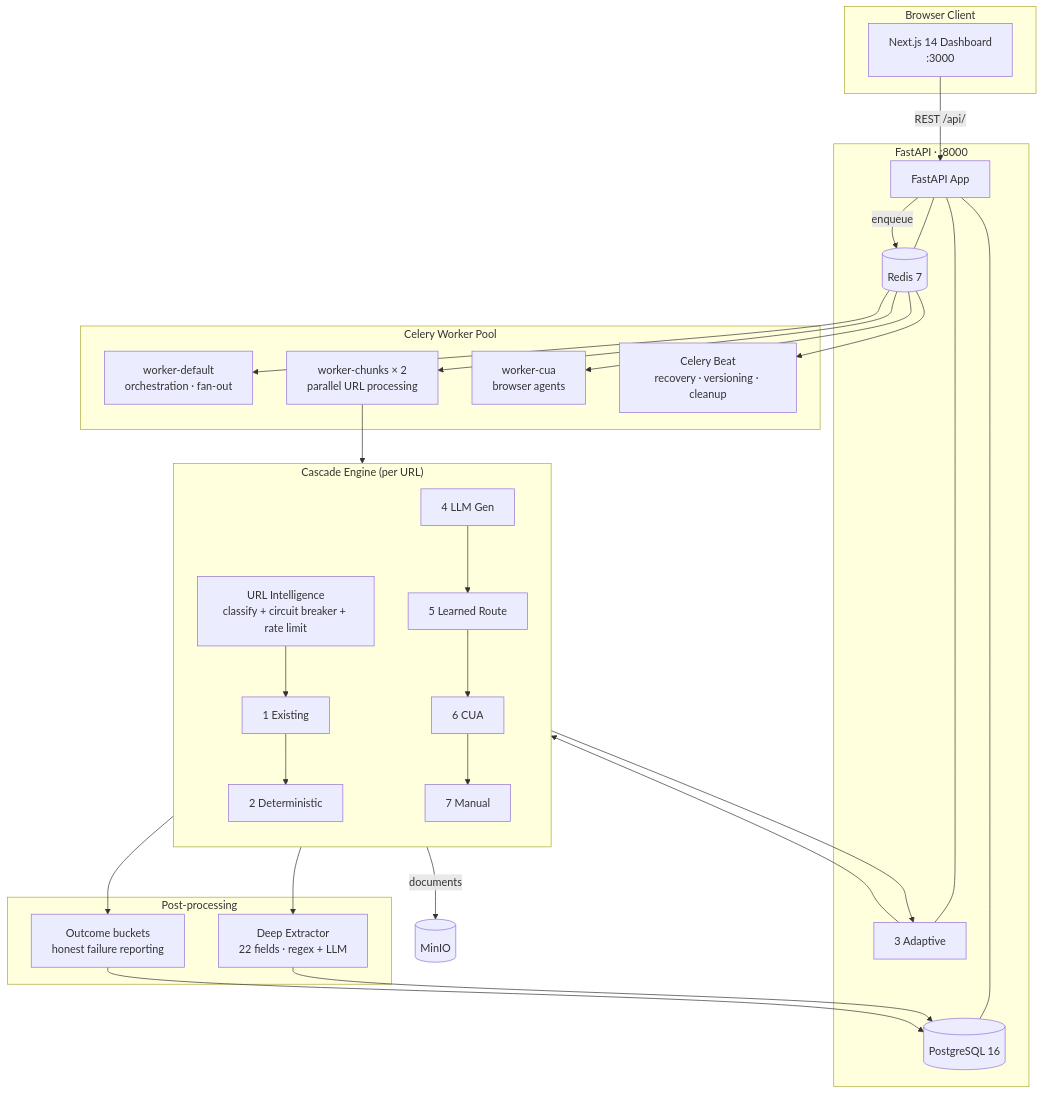
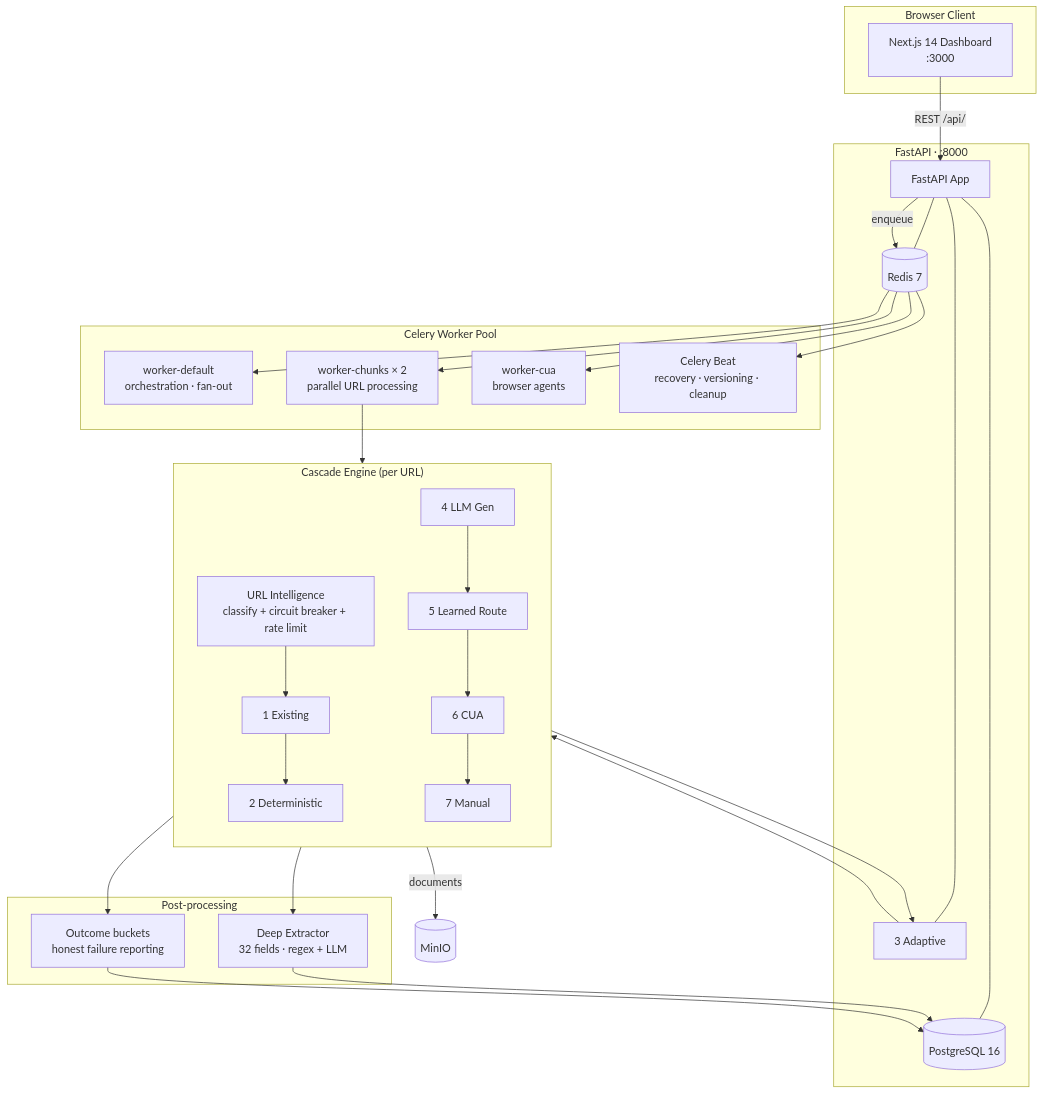
Before and after one commit to Siddharthpatni/Project-1: the second of 2 diagrams in README.md, drawn with Mermaid. The commit also changed other lines of this file and 8 other files, not shown here.

````diff
--- a/README.md
+++ b/README.md
@@ -127,41 +127,41 @@
 ```mermaid
 graph TB
     subgraph Client["Browser Client"]
         UI[Next.js 14 Dashboard<br/>:3000]
     end
 
     subgraph API["FastAPI · :8000"]
         APP[FastAPI App]
         APP --- DB[(PostgreSQL 16)]
         APP --- S3[(MinIO / S3)]
         APP --- RD[(Redis 7)]
     end
 
     subgraph Workers["Celery Worker Pool"]
         WD[worker-default<br/>orchestration · fan-out]
         WC[worker-chunks × 2<br/>parallel URL processing]
         WQ[worker-cua<br/>browser agents]
         BT[Celery Beat<br/>recovery · versioning · cleanup]
     end
 
     subgraph Cascade["Cascade Engine (per URL)"]
         direction TB
         UIQ[URL Intelligence<br/>classify + circuit breaker + rate limit]
         S1[1 Existing] --> S2[2 Deterministic] --> S3[3 Adaptive]
         S3 --> S4[4 LLM Gen] --> S5[5 Learned Route] --> S6[6 CUA] --> S7[7 Manual]
         UIQ --> S1
     end
 
     subgraph Post["Post-processing"]
-        EX[Deep Extractor<br/>22 fields · regex + LLM]
+        EX[Deep Extractor<br/>32 fields · regex + LLM]
         OUT[Outcome buckets<br/>honest failure reporting]
     end
 
     UI -->|REST /api/| APP
     APP -->|enqueue| RD
     RD --> WD & WC & WQ & BT
     WC --> Cascade
     Cascade -->|documents| S3DB[(MinIO)]
     Cascade --> EX & OUT
     EX & OUT --> DB
 ```
````
